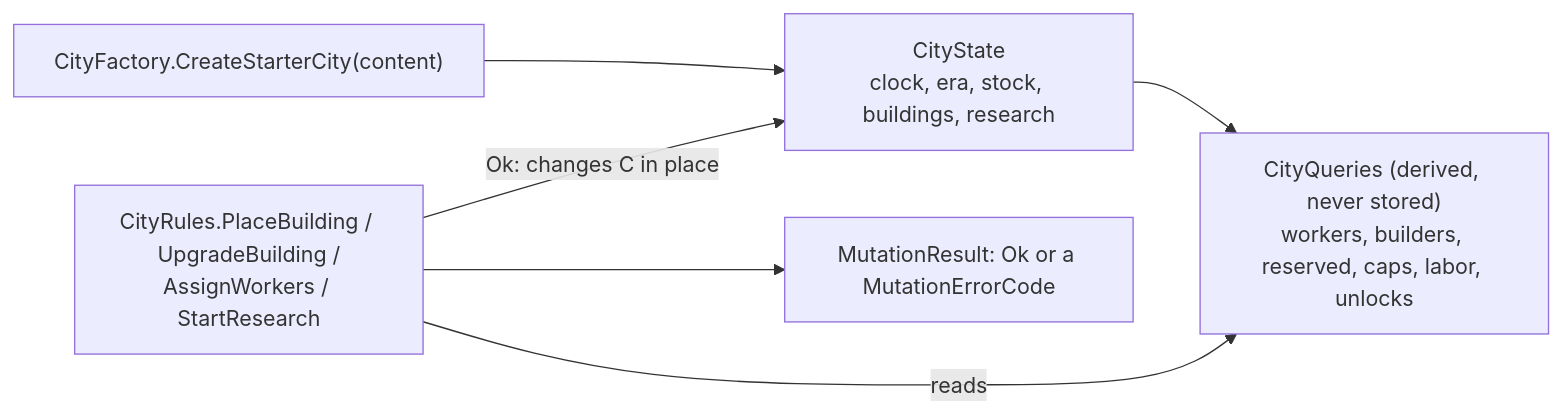
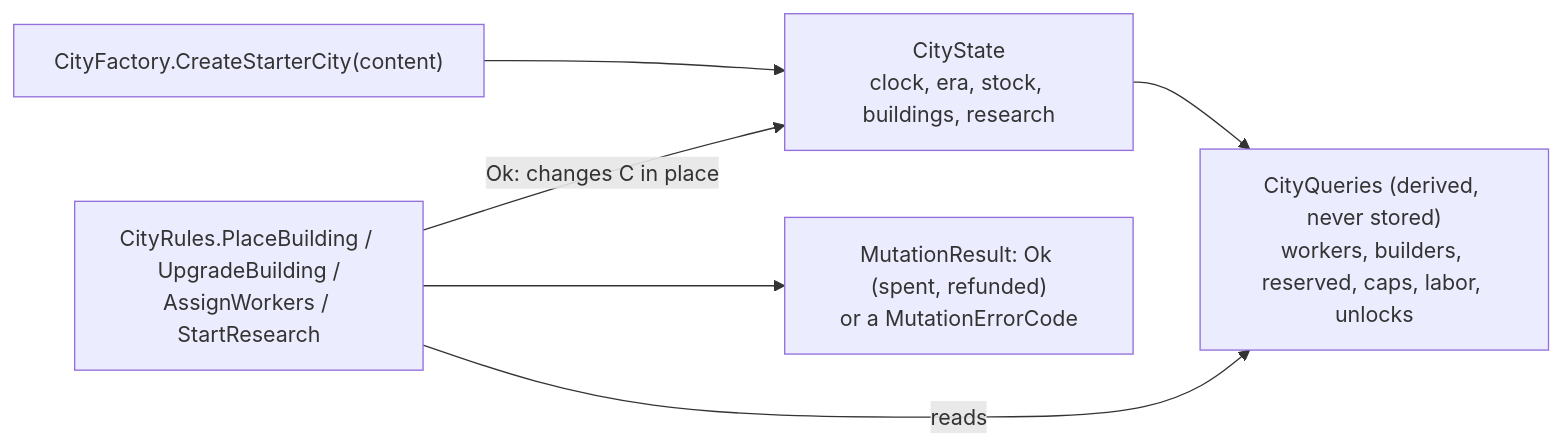
Before and after one commit to Samurai-netizen/citybuild: the third of 4 diagrams in docs/modules/CityBuilder.Simulation.md, drawn with Mermaid. The commit also changed other lines of this file and 28 other files, not shown here.

````diff
--- a/docs/modules/CityBuilder.Simulation.md
+++ b/docs/modules/CityBuilder.Simulation.md
@@ -49,8 +49,8 @@
 ```mermaid
 flowchart LR
   F["CityFactory.CreateStarterCity(content)"] --> C["CityState<br/>clock, era, stock, buildings, research"]
   C --> Q["CityQueries (derived, never stored)<br/>workers, builders, reserved, caps, labor, unlocks"]
   R["CityRules.PlaceBuilding / UpgradeBuilding /<br/>AssignWorkers / StartResearch"] -->|"Ok: changes C in place"| C
   R -->|"reads"| Q
-  R --> M["MutationResult: Ok or a MutationErrorCode"]
+  R --> M["MutationResult: Ok (spent, refunded)<br/>or a MutationErrorCode"]
 ```
````
